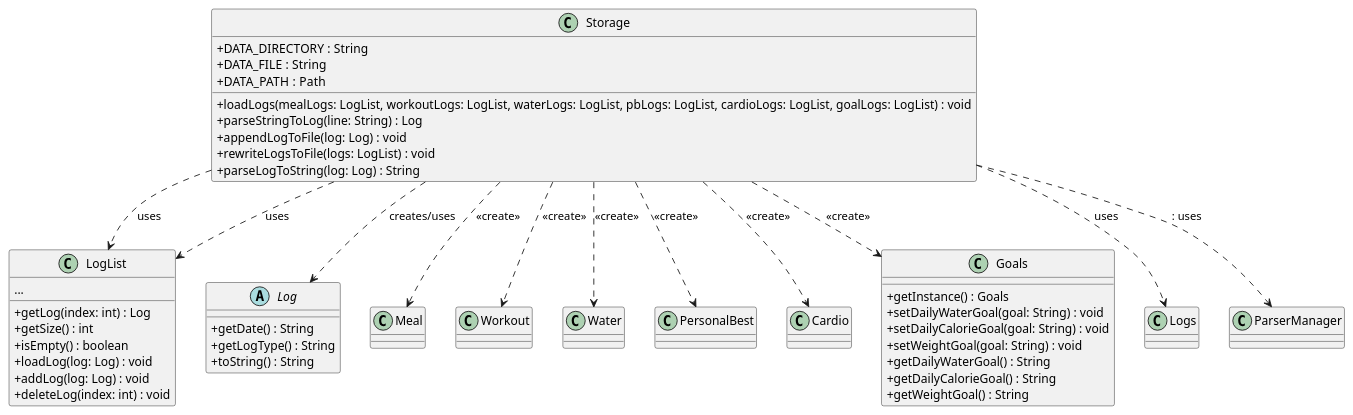
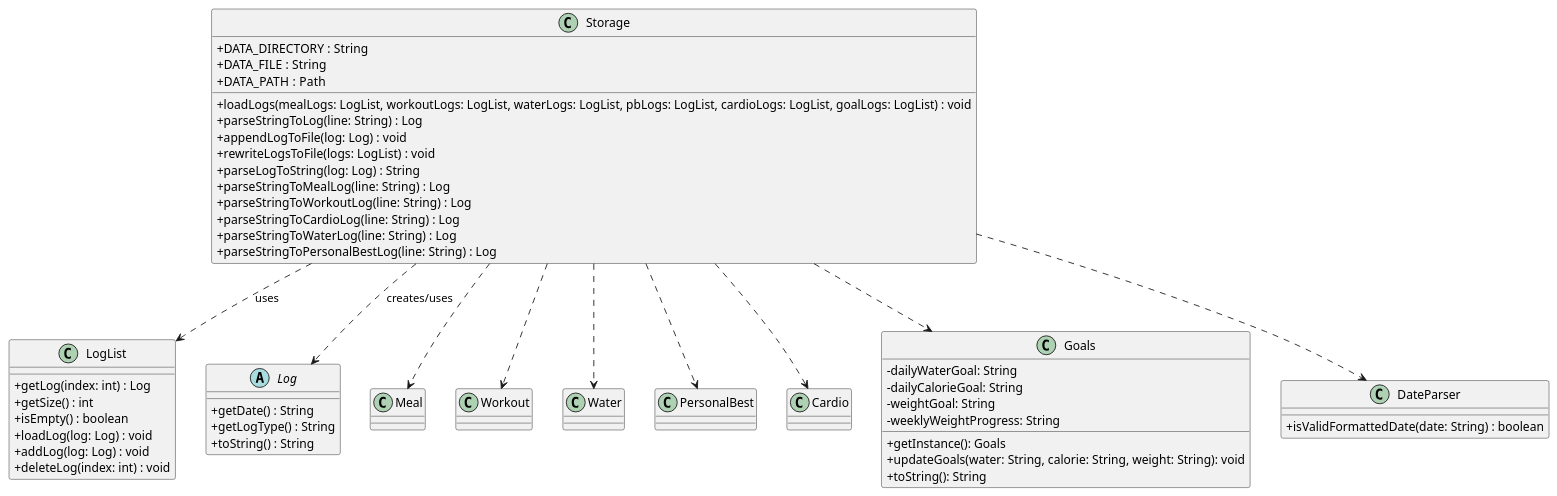
The diagram in docs/diagrams/StorageCD.puml (Jasonlobo21/tp), drawn with PlantUML before and after one commit. The commit also changed 5 other files, not shown here.

```diff
--- a/docs/diagrams/StorageCD.puml
+++ b/docs/diagrams/StorageCD.puml
@@ -1,59 +1,73 @@
 @startuml
 skinparam classAttributeIconSize 0
 
+' -------------------------------
+' Storage Class
+' -------------------------------
 class Storage {
     +DATA_DIRECTORY : String
     +DATA_FILE : String
     +DATA_PATH : Path
     +loadLogs(mealLogs: LogList, workoutLogs: LogList, waterLogs: LogList, pbLogs: LogList, cardioLogs: LogList, goalLogs: LogList) : void
     +parseStringToLog(line: String) : Log
     +appendLogToFile(log: Log) : void
     +rewriteLogsToFile(logs: LogList) : void
     +parseLogToString(log: Log) : String
+    +parseStringToMealLog(line: String) : Log
+    +parseStringToWorkoutLog(line: String) : Log
+    +parseStringToCardioLog(line: String) : Log
+    +parseStringToWaterLog(line: String) : Log
+    +parseStringToPersonalBestLog(line: String) : Log
 }
 
+' -------------------------------
+' Dependent Classes
+' -------------------------------
 class LogList {
     +getLog(index: int) : Log
     +getSize() : int
     +isEmpty() : boolean
     +loadLog(log: Log) : void
     +addLog(log: Log) : void
     +deleteLog(index: int) : void
-    ...
 }
 
 abstract class Log {
     +getDate() : String
     +getLogType() : String
     +toString() : String
 }
 
 class Meal
 class Workout
 class Water
 class PersonalBest
 class Cardio
 class Goals {
-    +getInstance() : Goals
-    +setDailyWaterGoal(goal: String) : void
-    +setDailyCalorieGoal(goal: String) : void
-    +setWeightGoal(goal: String) : void
-    +getDailyWaterGoal() : String
-    +getDailyCalorieGoal() : String
-    +getWeightGoal() : String
+  - dailyWaterGoal: String
+  - dailyCalorieGoal: String
+  - weightGoal: String
+  - weeklyWeightProgress: String
+  + getInstance(): Goals
+  + updateGoals(water: String, calorie: String, weight: String): void
+  + toString(): String
 }
 
+class DateParser {
+    +isValidFormattedDate(date: String) : boolean
+}
+
+' -------------------------------
+' Associations
+' -------------------------------
 Storage ..> LogList : uses
 Storage ..> Log : creates/uses
-Storage ..> Meal : <<create>>
-Storage ..> Workout : <<create>>
-Storage ..> Water : <<create>>
-Storage ..> PersonalBest : <<create>>
-Storage ..> Cardio : <<create>>
-Storage ..> Goals : <<create>>
-
-Storage ..> LogList : uses
-Storage ..> Logs : uses
-Storage ..> ParserManager: : uses
+Storage ..> Meal
+Storage ..> Workout
+Storage ..> Water
+Storage ..> PersonalBest
+Storage ..> Cardio
+Storage ..> Goals
+Storage ..> DateParser
 
 @enduml
```
